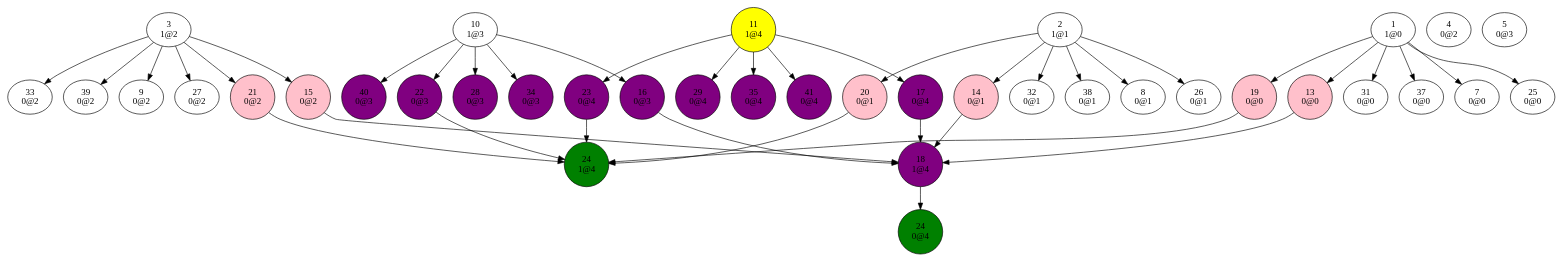
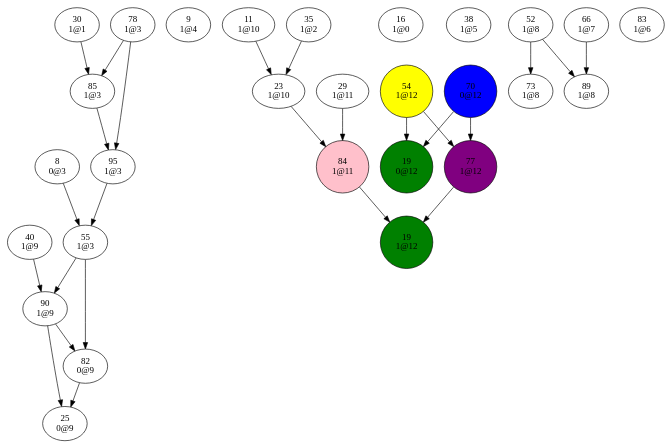
Before and after one commit to Oxmose/SATSolver: the diagram in dev/bin/conflictGraph4.dot, drawn with Graphviz. The commit also changed 18 other files, not shown here.

```diff
--- a/dev/bin/conflictGraph4.dot
+++ b/dev/bin/conflictGraph4.dot
@@ -1,203 +1,107 @@
 digraph {
-"1
-1@0"->"7
-0@0";
-"1
-1@0"->"13
-0@0";
-"1
-1@0"->"19
-0@0";
-"1
-1@0"->"25
-0@0";
-"1
-1@0"->"31
-0@0";
-"1
-1@0"->"37
-0@0";
-"2
-1@1"->"8
-0@1";
-"2
-1@1"->"14
-0@1";
-"2
-1@1"->"20
-0@1";
-"2
-1@1"->"26
-0@1";
-"2
-1@1"->"32
-0@1";
-"2
-1@1"->"38
-0@1";
-"3
-1@2"->"9
-0@2";
-"3
-1@2"->"15
-0@2";
-"3
-1@2"->"21
-0@2";
-"3
-1@2"->"27
-0@2";
-"3
-1@2"->"33
-0@2";
-"3
-1@2"->"39
-0@2";
-"4
-0@2";
-"5
-0@3";
-"7
-0@0";
 "8
-0@1";
+0@3"->"55
+1@3";
 "9
-0@2";
-"10
-1@3"->"16
-0@3";
-"10
-1@3"->"22
-0@3";
-"10
-1@3"->"28
-0@3";
-"10
-1@3"->"34
-0@3";
-"10
-1@3"->"40
-0@3";
+1@4";
 "11
-1@4"->"17
-0@4";
-"11
-1@4"->"23
-0@4";
-"11
-1@4"->"29
-0@4";
-"11
-1@4"->"35
-0@4";
-"11
-1@4"->"41
-0@4";
-"13
-0@0"->"18
-1@4";
-"14
-0@1"->"18
-1@4";
-"15
-0@2"->"18
-1@4";
+1@10"->"23
+1@10";
 "16
-0@3"->"18
-1@4";
-"17
-0@4"->"18
-1@4";
-"18
-1@4"->"24
-0@4";
+1@0";
 "19
-0@0"->"24
-1@4";
-"20
-0@1"->"24
-1@4";
-"21
-0@2"->"24
-1@4";
-"22
-0@3"->"24
-1@4";
+0@12";
+"19
+1@12";
 "23
-0@4"->"24
-1@4";
-"24
-0@4";
-"24
-1@4";
+1@10"->"84
+1@11";
 "25
-0@0";
-"26
-0@1";
-"27
-0@2";
-"28
-0@3";
+0@9";
 "29
-0@4";
-"31
-0@0";
-"32
-0@1";
-"33
-0@2";
-"34
-0@3";
+1@11"->"84
+1@11";
+"30
+1@1"->"85
+1@3";
 "35
-0@4";
-"37
-0@0";
+1@2"->"23
+1@10";
 "38
-0@1";
-"39
-0@2";
+1@5";
 "40
-0@3";
-"41
-0@4";
-"11
-1@4"[shape=circle, style=filled, fillcolor=yellow];
-"13
-0@0"[shape=circle, style=filled, fillcolor=pink];
-"14
-0@1"[shape=circle, style=filled, fillcolor=pink];
-"15
-0@2"[shape=circle, style=filled, fillcolor=pink];
-"16
-0@3"[shape=circle, style=filled, fillcolor=purple];
-"17
-0@4"[shape=circle, style=filled, fillcolor=purple];
-"18
-1@4"[shape=circle, style=filled, fillcolor=purple];
+1@9"->"90
+1@9";
+"52
+1@8"->"73
+1@8";
+"52
+1@8"->"89
+1@8";
+"54
+1@12"->"19
+0@12";
+"54
+1@12"->"77
+1@12";
+"55
+1@3"->"82
+0@9";
+"55
+1@3"->"90
+1@9";
+"66
+1@7"->"89
+1@8";
+"70
+0@12"->"19
+0@12";
+"70
+0@12"->"77
+1@12";
+"73
+1@8";
+"77
+1@12"->"19
+1@12";
+"78
+1@3"->"85
+1@3";
+"78
+1@3"->"95
+1@3";
+"82
+0@9"->"25
+0@9";
+"83
+1@6";
+"84
+1@11"->"19
+1@12";
+"85
+1@3"->"95
+1@3";
+"89
+1@8";
+"90
+1@9"->"25
+0@9";
+"90
+1@9"->"82
+0@9";
+"95
+1@3"->"55
+1@3";
 "19
-0@0"[shape=circle, style=filled, fillcolor=pink];
-"20
-0@1"[shape=circle, style=filled, fillcolor=pink];
-"21
-0@2"[shape=circle, style=filled, fillcolor=pink];
-"22
-0@3"[shape=circle, style=filled, fillcolor=purple];
-"23
-0@4"[shape=circle, style=filled, fillcolor=purple];
-"24
-0@4"[shape=circle, style=filled, fillcolor=green];
-"24
-1@4"[shape=circle, style=filled, fillcolor=green];
-"28
-0@3"[shape=circle, style=filled, fillcolor=purple];
-"29
-0@4"[shape=circle, style=filled, fillcolor=purple];
-"34
-0@3"[shape=circle, style=filled, fillcolor=purple];
-"35
-0@4"[shape=circle, style=filled, fillcolor=purple];
-"40
-0@3"[shape=circle, style=filled, fillcolor=purple];
-"41
-0@4"[shape=circle, style=filled, fillcolor=purple];
+0@12"[shape=circle, style=filled, fillcolor=green];
+"19
+1@12"[shape=circle, style=filled, fillcolor=green];
+"54
+1@12"[shape=circle, style=filled, fillcolor=yellow];
+"70
+0@12"[shape=circle, style=filled, fillcolor=blue];
+"77
+1@12"[shape=circle, style=filled, fillcolor=purple];
+"84
+1@11"[shape=circle, style=filled, fillcolor=pink];
 }
```
